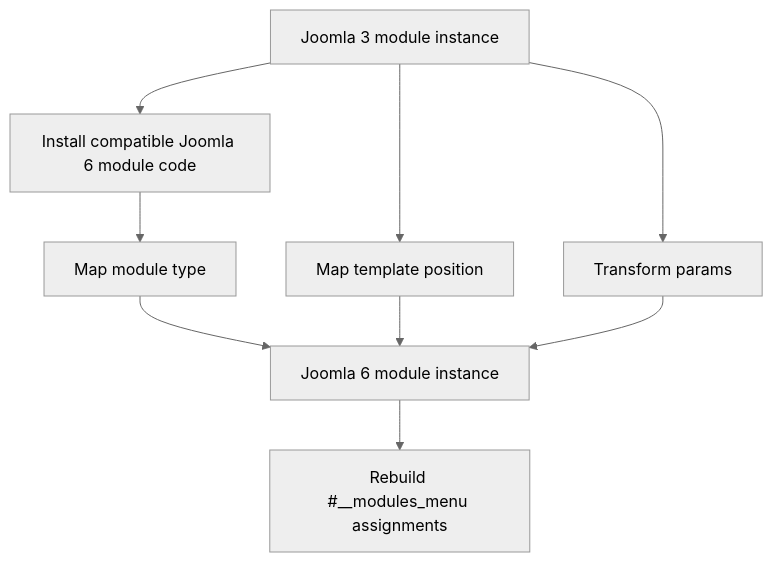
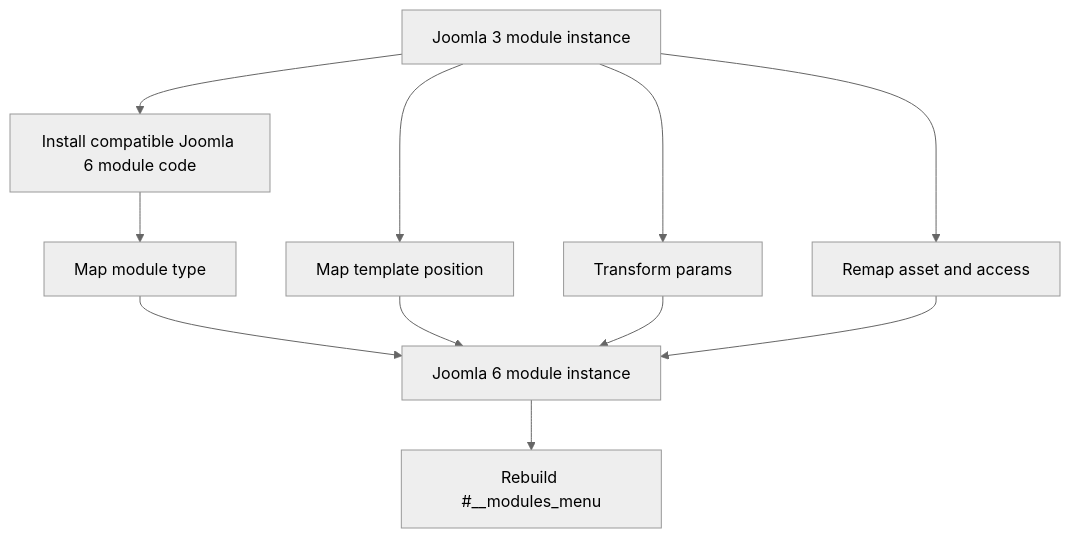
One commit to duyduyly/php-notebook changed diagram 12 of 21 in docs/joomla/learning/database/joomla3-vs-joomla6-erd-gap-diagrams.md. Above: the diagram before and after it, drawn with Mermaid (neutral theme). The commit also changed other lines of this file, not shown here.

Commit message:
docs: improve Joomla 3 vs Joomla 6 ERD gap diagrams

````diff
--- a/docs/joomla/learning/database/joomla3-vs-joomla6-erd-gap-diagrams.md
+++ b/docs/joomla/learning/database/joomla3-vs-joomla6-erd-gap-diagrams.md
@@ -371,15 +455,17 @@
 ```mermaid
 flowchart TD
-    J3MODULE["Joomla 3 module instance"]
-    CODE["Install compatible Joomla 6 module code"]
-    TYPEMAP["Map module type"]
+    J3MOD["Joomla 3 module instance"]
+    INSTALL["Install compatible Joomla 6 module code"]
+    TYPE["Map module type"]
     POSITION["Map template position"]
     PARAMS["Transform params"]
-    J6MODULE["Joomla 6 module instance"]
-    ASSIGN["Rebuild #__modules_menu assignments"]
+    ACCESS["Remap asset and access"]
+    J6MOD["Joomla 6 module instance"]
+    ASSIGN["Rebuild #__modules_menu"]
 
-    J3MODULE --> CODE --> TYPEMAP --> J6MODULE
-    J3MODULE --> POSITION --> J6MODULE
-    J3MODULE --> PARAMS --> J6MODULE
-    J6MODULE --> ASSIGN
+    J3MOD --> INSTALL --> TYPE --> J6MOD
+    J3MOD --> POSITION --> J6MOD
+    J3MOD --> PARAMS --> J6MOD
+    J3MOD --> ACCESS --> J6MOD
+    J6MOD --> ASSIGN
 ```
````
